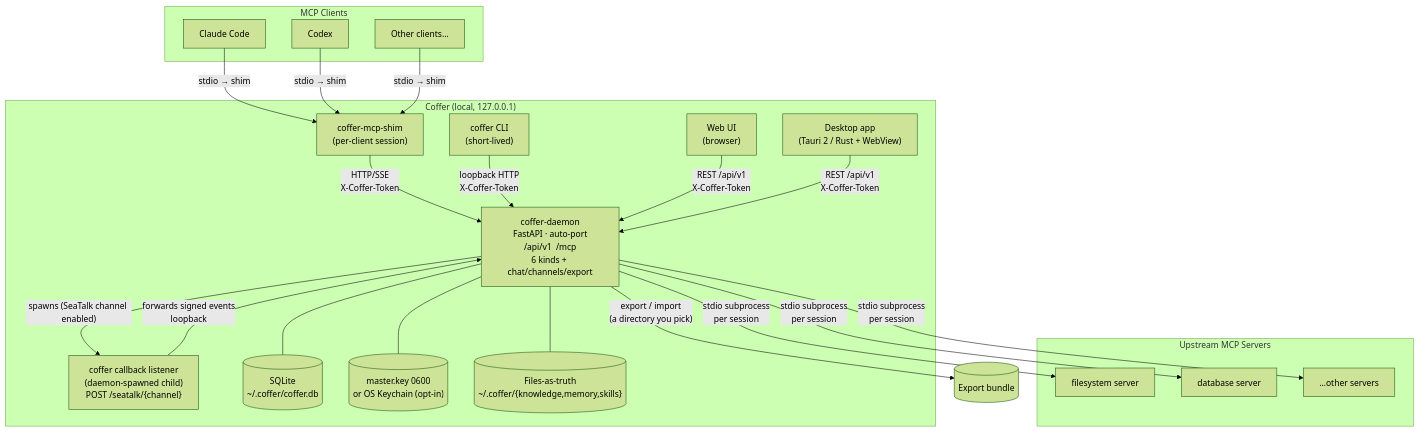
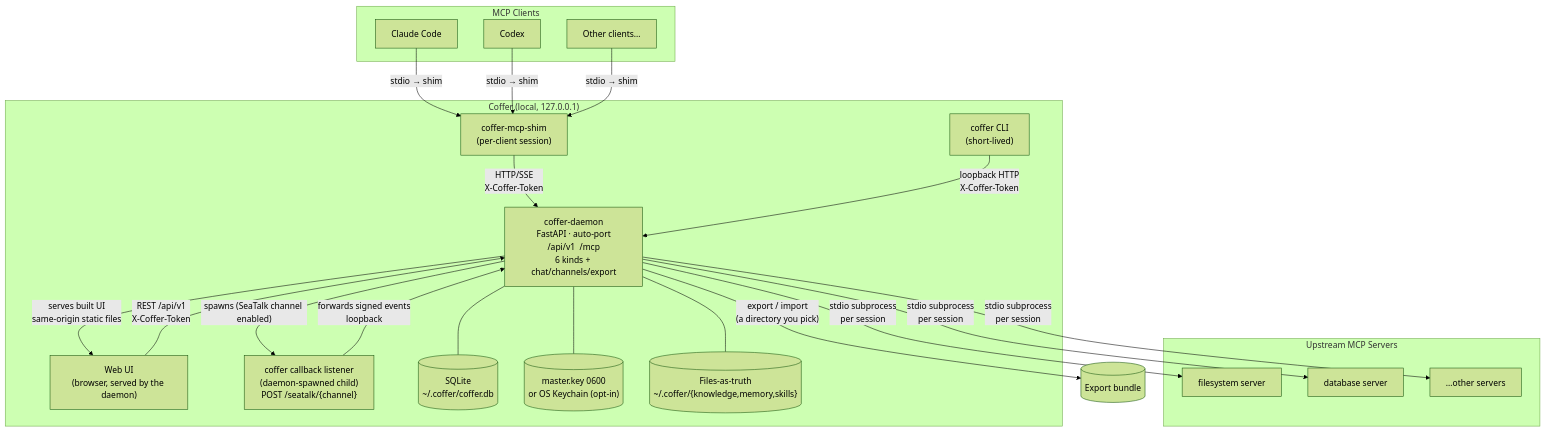
The diagram in docs-site/architecture/overview.md (wyx-sg/Coffer), drawn with Mermaid (forest theme) before and after one commit. The commit also changed other lines of this file and 215 other files, not shown here.

First line of the commit message:
refactor(dist): retire the desktop shell; the daemon serves the web UI

````diff
--- a/docs-site/architecture/overview.md
+++ b/docs-site/architecture/overview.md
@@ -11,43 +11,42 @@
 ```mermaid
 flowchart TD
     subgraph clients["MCP Clients"]
         CC["Claude Code"]
         CX["Codex"]
         OT["Other clients…"]
     end
 
     subgraph coffer["Coffer (local, 127.0.0.1)"]
         CLI["coffer CLI\n(short-lived)"]
         SHIM["coffer-mcp-shim\n(per-client session)"]
-        WEBUI["Web UI\n(browser)"]
-        DESKTOP["Desktop app\n(Tauri 2 / Rust + WebView)"]
+        WEBUI["Web UI\n(browser, served by the daemon)"]
         DAEMON["coffer-daemon\nFastAPI · auto-port\n/api/v1  /mcp\n6 kinds + chat/channels/export"]
         CB["coffer callback listener\n(daemon-spawned child)\nPOST /seatalk/{channel}"]
         DB[("SQLite\n~/.coffer/coffer.db")]
         MK[("master.key 0600\nor OS Keychain (opt-in)")]
         FILES[("Files-as-truth\n~/.coffer/{knowledge,memory,skills}")]
     end
 
     subgraph upstream["Upstream MCP Servers"]
         S1["filesystem server"]
         S2["database server"]
         SN["…other servers"]
     end
 
     CC -->|"stdio → shim"| SHIM
     CX -->|"stdio → shim"| SHIM
     OT -->|"stdio → shim"| SHIM
     SHIM -->|"HTTP/SSE\nX-Coffer-Token"| DAEMON
     CLI -->|"loopback HTTP\nX-Coffer-Token"| DAEMON
     WEBUI -->|"REST /api/v1\nX-Coffer-Token"| DAEMON
-    DESKTOP -->|"REST /api/v1\nX-Coffer-Token"| DAEMON
+    DAEMON -->|"serves built UI\nsame-origin static files"| WEBUI
     DAEMON --- DB
     DAEMON --- MK
     DAEMON --- FILES
     DAEMON -->|"export / import\n(a directory you pick)"| BUNDLE[("Export bundle")]
     DAEMON -->|"spawns (SeaTalk channel enabled)"| CB
     CB -->|"forwards signed events\nloopback"| DAEMON
     DAEMON -->|"stdio subprocess\nper session"| S1
     DAEMON -->|"stdio subprocess\nper session"| S2
     DAEMON -->|"stdio subprocess\nper session"| SN
 ```
````
